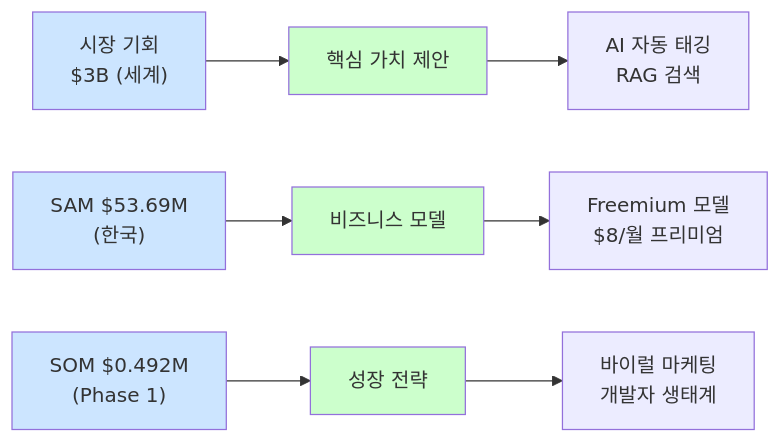
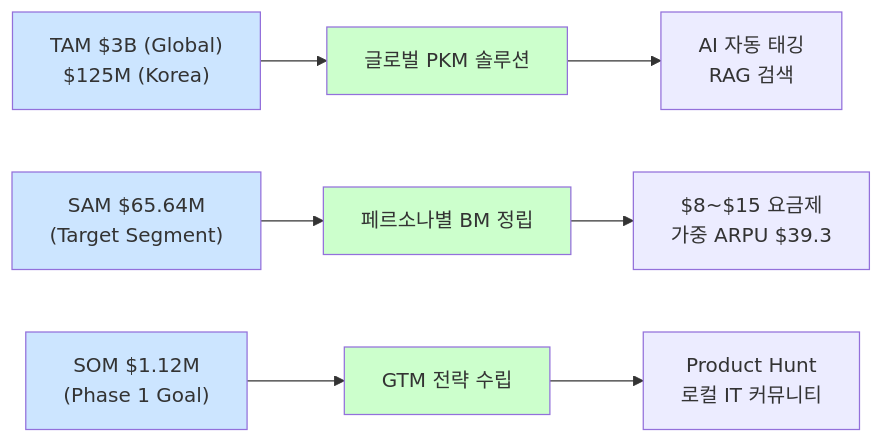
The fourth of 4 diagrams in docs/프로젝트/output/PHASE5-서비스제안/PHASE5-Step4-시각화통합-2026-01-10.md (gus2902/new_learn), drawn with Mermaid before and after one commit. The commit also changed other lines of this file and 25 other files, not shown here.

````diff
--- a/docs/프로젝트/output/PHASE5-서비스제안/PHASE5-Step4-시각화통합-2026-01-10.md
+++ b/docs/프로젝트/output/PHASE5-서비스제안/PHASE5-Step4-시각화통합-2026-01-10.md
@@ -143,17 +114,17 @@
 ```mermaid
 graph LR
-    M1["시장 기회<br/>$3B (세계)"] --> S1["핵심 가치 제안"]
-    M2["SAM $53.69M<br/>(한국)"] --> S2["비즈니스 모델"]
-    M3["SOM $0.492M<br/>(Phase 1)"] --> S3["성장 전략"]
+    M1["TAM $3B (Global)<br/>$125M (Korea)"] --> S1["글로벌 PKM 솔루션"]
+    M2["SAM $65.64M<br/>(Target Segment)"] --> S2["페르소나별 BM 정립"]
+    M3["SOM $1.12M<br/>(Phase 1 Goal)"] --> S3["GTM 전략 수립"]
     
     S1 --> R1["AI 자동 태깅<br/>RAG 검색"]
-    S2 --> R2["Freemium 모델<br/>$8/월 프리미엄"]
-    S3 --> R3["바이럴 마케팅<br/>개발자 생태계"]
+    S2 --> R2["$8~$15 요금제<br/>가중 ARPU $39.3"]
+    S3 --> R3["Product Hunt<br/>로컬 IT 커뮤니티"]
     
     style M1 fill:#cce5ff
     style M2 fill:#cce5ff
     style M3 fill:#cce5ff
     style S1 fill:#ccffcc
     style S2 fill:#ccffcc
     style S3 fill:#ccffcc
 ```
````
